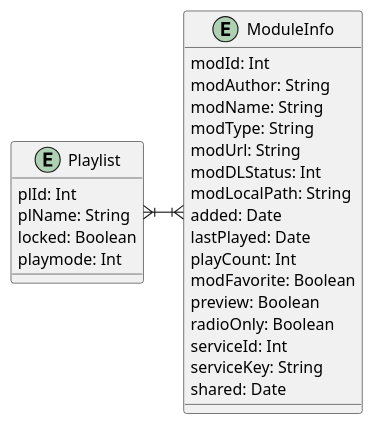
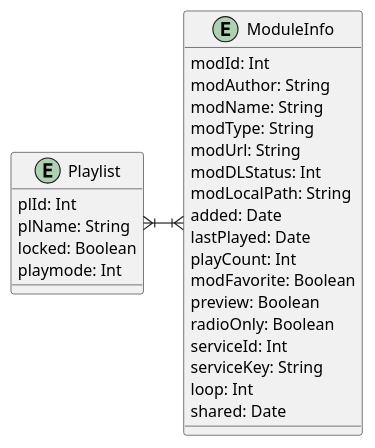
Before and after one commit to sitomani/4champ: the diagram in docs/plantuml/CoreData.plantuml, drawn with PlantUML. The commit also changed 1 other file, not shown here.

Commit message:
Updated plantuml diagrams for CoreData + replayer architecture

```diff
--- a/docs/plantuml/CoreData.plantuml
+++ b/docs/plantuml/CoreData.plantuml
@@ -1,31 +1,32 @@
 @startuml CoreData
 
 entity ModuleInfo {
   modId: Int
   modAuthor: String
   modName: String
   modType: String
   modUrl: String
   modDLStatus: Int
   modLocalPath: String
   added: Date
   lastPlayed: Date
   playCount: Int
   modFavorite: Boolean
   preview: Boolean
   radioOnly: Boolean
   serviceId: Int
   serviceKey: String
+  loop: Int
   shared: Date
 }
 
 entity Playlist {
   plId: Int
   plName: String
   locked: Boolean
   playmode: Int
 }
 
 Playlist }|-|{  ModuleInfo
 
 @enduml
```
